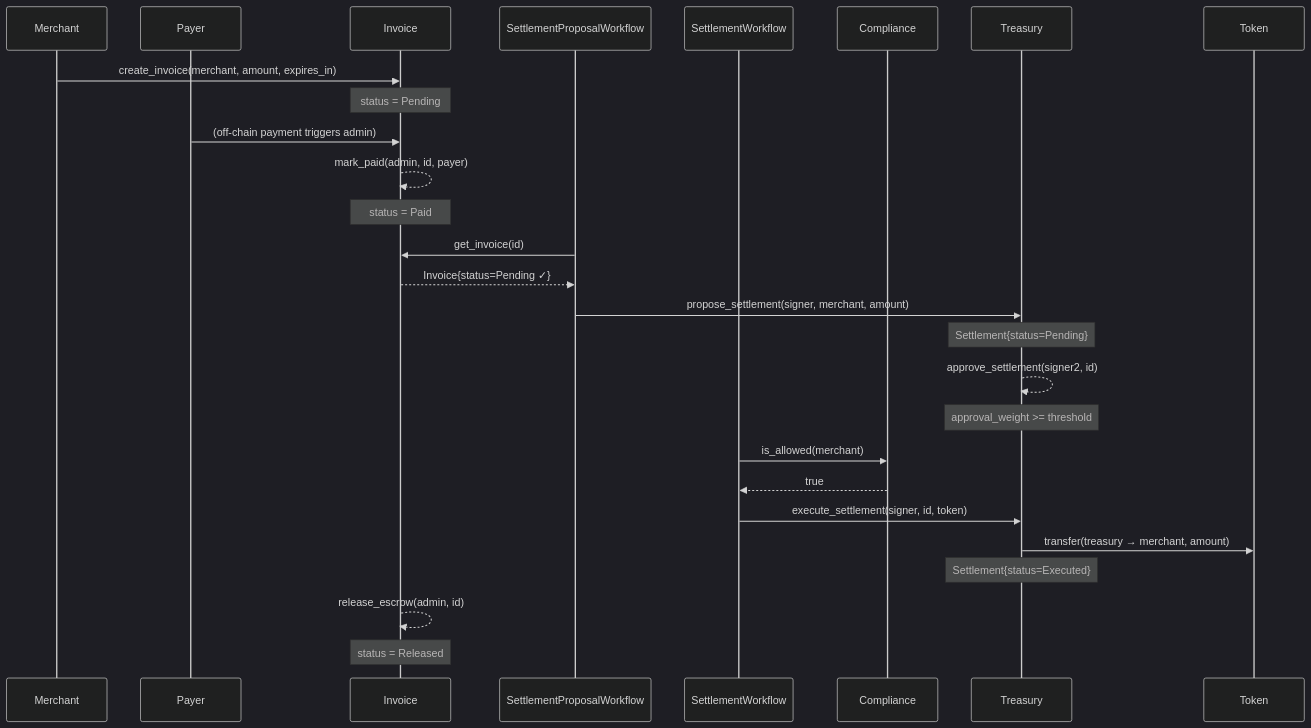
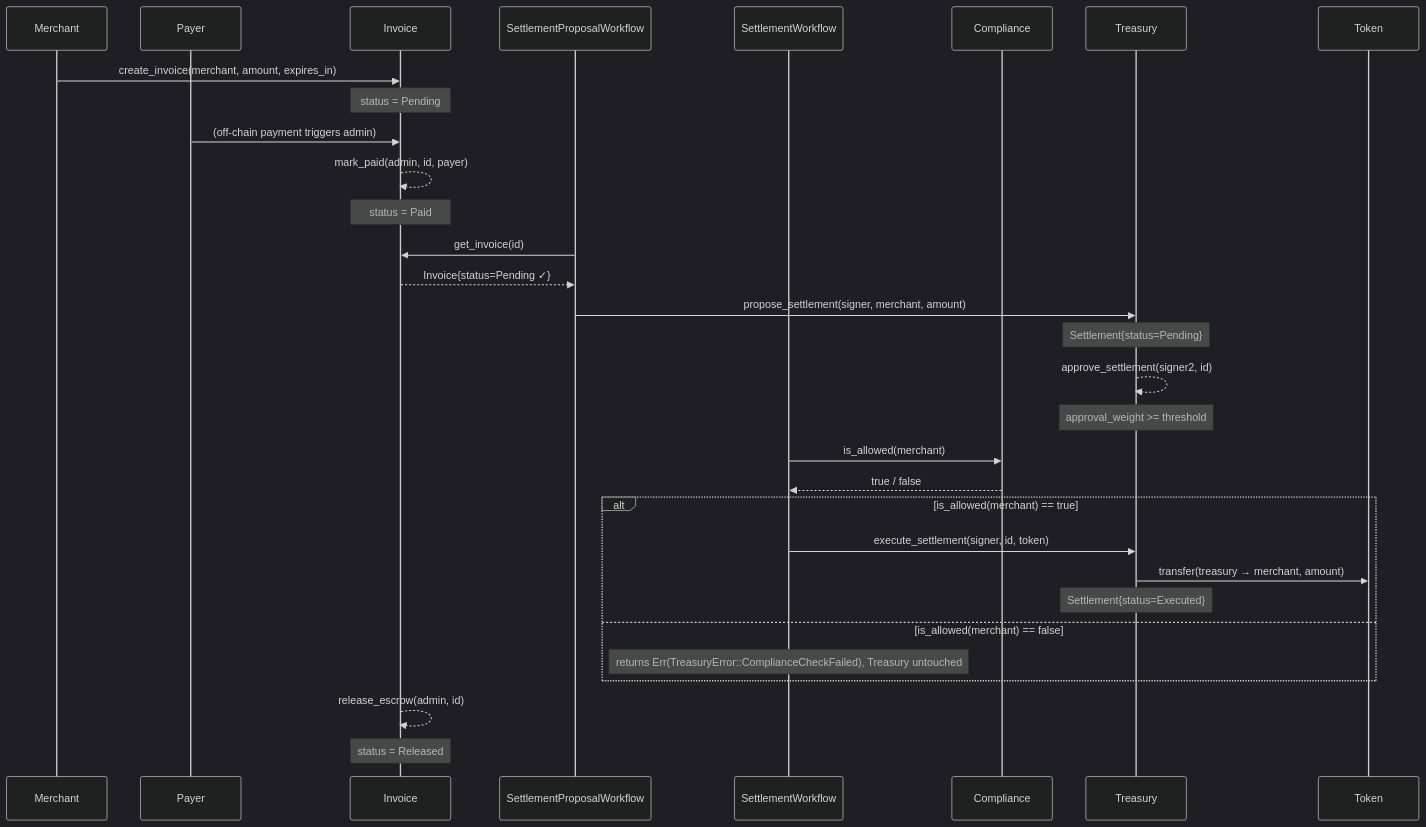
The diagram in ARCHITECTURE.md (WHEELBACK/COMEBACKHERE-contracts), drawn with Mermaid (dark theme) before and after one commit. The commit also changed other lines of this file and 4 other files, not shown here.

First line of the commit message:
docs: cross-reference compliance gate, thin-client pattern, fuzz + diagram

````diff
--- a/ARCHITECTURE.md
+++ b/ARCHITECTURE.md
@@ -30,35 +30,39 @@
 ```mermaid
 sequenceDiagram
     participant Merchant
     participant Payer
     participant Invoice
     participant SettlementProposalWorkflow
     participant SettlementWorkflow
     participant Compliance
     participant Treasury
     participant Token
 
     Merchant->>Invoice: create_invoice(merchant, amount, expires_in)
     Note over Invoice: status = Pending
 
     Payer->>Invoice: (off-chain payment triggers admin)
     Invoice-->>Invoice: mark_paid(admin, id, payer)
     Note over Invoice: status = Paid
 
     SettlementProposalWorkflow->>Invoice: get_invoice(id)
     Invoice-->>SettlementProposalWorkflow: Invoice{status=Pending ✓}
     SettlementProposalWorkflow->>Treasury: propose_settlement(signer, merchant, amount)
     Note over Treasury: Settlement{status=Pending}
 
     Treasury-->>Treasury: approve_settlement(signer2, id)
     Note over Treasury: approval_weight >= threshold
 
     SettlementWorkflow->>Compliance: is_allowed(merchant)
-    Compliance-->>SettlementWorkflow: true
-    SettlementWorkflow->>Treasury: execute_settlement(signer, id, token)
-    Treasury->>Token: transfer(treasury → merchant, amount)
-    Note over Treasury: Settlement{status=Executed}
+    Compliance-->>SettlementWorkflow: true / false
+    alt is_allowed(merchant) == true
+        SettlementWorkflow->>Treasury: execute_settlement(signer, id, token)
+        Treasury->>Token: transfer(treasury → merchant, amount)
+        Note over Treasury: Settlement{status=Executed}
+    else is_allowed(merchant) == false
+        Note over SettlementWorkflow: returns Err(TreasuryError::ComplianceCheckFailed), Treasury untouched
+    end
 
     Invoice-->>Invoice: release_escrow(admin, id)
     Note over Invoice: status = Released
 ```
````
